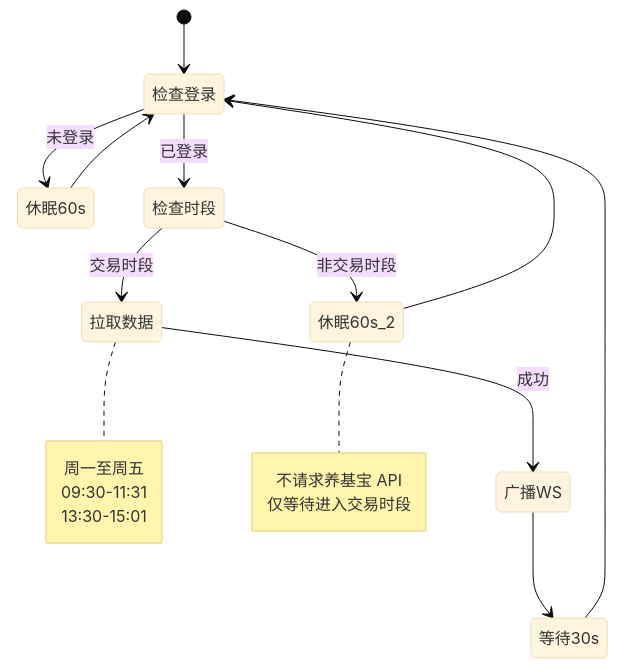
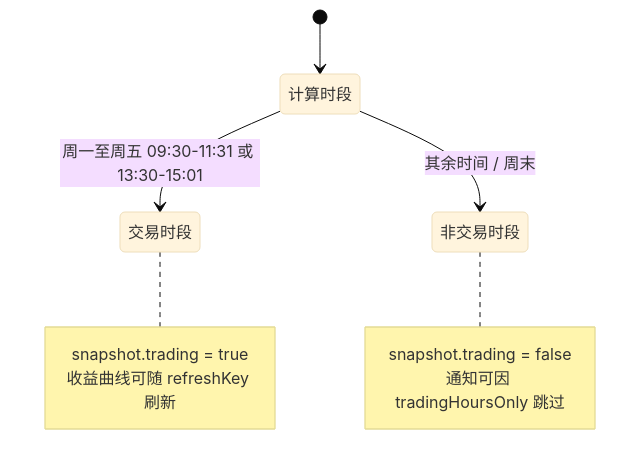
The eighth of 8 diagrams in TECH.md (ChinaCarlos/fund-helper), drawn with Mermaid (base theme) before and after one commit. The commit also changed other lines of this file and 64 other files, not shown here.

````diff
--- a/TECH.md
+++ b/TECH.md
@@ -1102,26 +1308,16 @@
 ```mermaid
 stateDiagram-v2
-    [*] --> 检查登录
-    检查登录 --> 休眠60s: 未登录
-    休眠60s --> 检查登录
+    [*] --> 计算时段
+    计算时段 --> 交易时段: 周一至周五 09:30-11:31 或 13:30-15:01
+    计算时段 --> 非交易时段: 其余时间 / 周末
 
-    检查登录 --> 检查时段: 已登录
-    检查时段 --> 拉取数据: 交易时段
-    拉取数据 --> 广播WS: 成功
-    广播WS --> 等待30s
-    等待30s --> 检查登录
-
-    检查时段 --> 休眠60s_2: 非交易时段
-    休眠60s_2 --> 检查登录
-
-    note right of 拉取数据
-        周一至周五
-        09:30-11:31
-        13:30-15:01
+    note right of 交易时段
+        snapshot.trading = true
+        收益曲线可随 refreshKey 刷新
     end note
 
-    note right of 休眠60s_2
-        不请求养基宝 API
-        仅等待进入交易时段
+    note right of 非交易时段
+        snapshot.trading = false
+        通知可因 tradingHoursOnly 跳过
     end note
 ```
````
